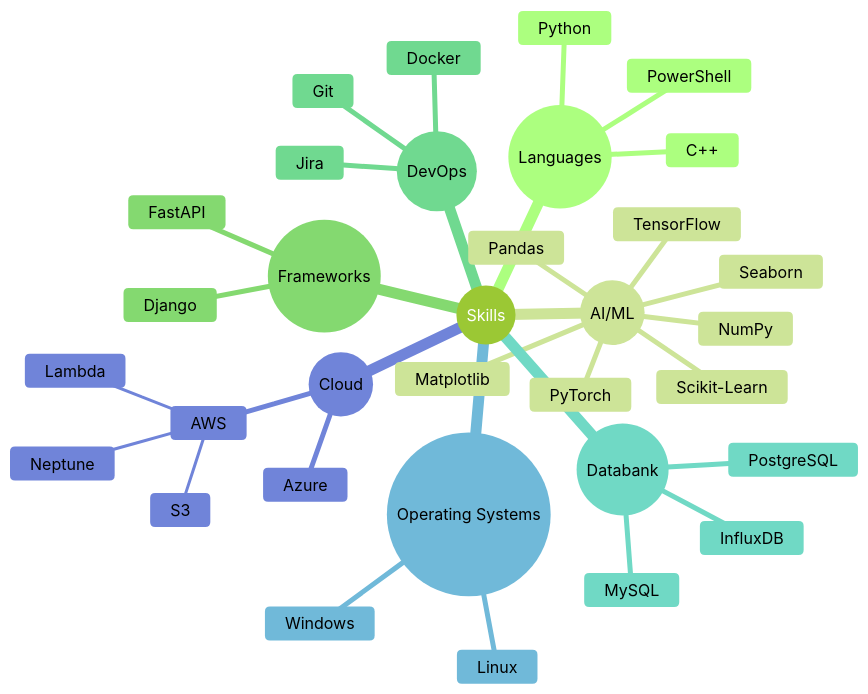
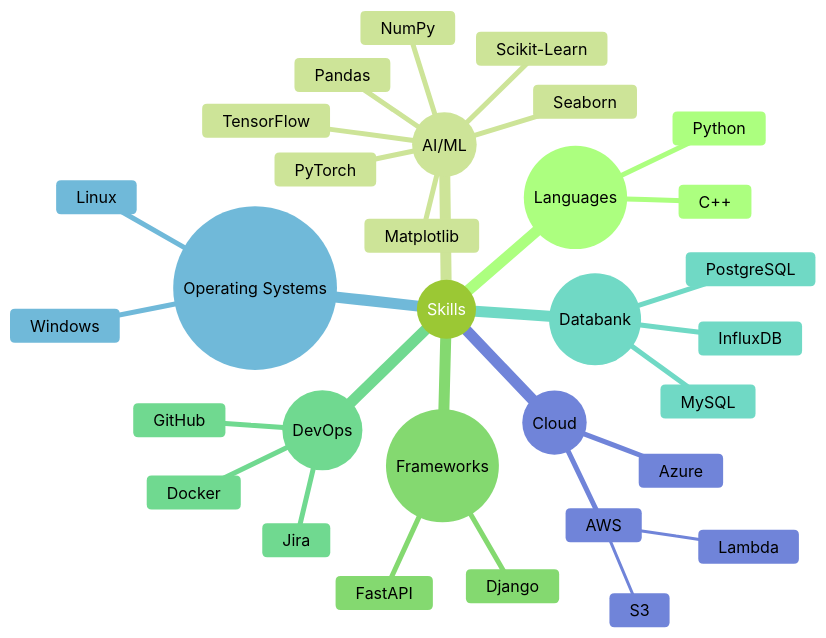
One commit to arshanabbas/arshanabbas changed the diagram in README.md. Above: the diagram before and after it, drawn with Mermaid (forest theme).

````diff
--- a/README.md
+++ b/README.md
@@ -24,36 +24,34 @@
 ```mermaid
 mindmap
   root((Skills))
     ((Languages))
       Python
       C++
-      PowerShell
     ((AI/ML))
       PyTorch
       TensorFlow
       Pandas
       NumPy
       Matplotlib
       Seaborn
       Scikit-Learn
     ((Frameworks))
       Django
       FastAPI
     ((DevOps))
-      Git
+      GitHub
       Jira
       Docker
     ((Databank))
       PostgreSQL
       MySQL
       InfluxDB
     ((Operating Systems))
       Linux
       Windows
     ((Cloud))
       AWS
         S3
         Lambda
-        Neptune
       Azure
 ```
````
